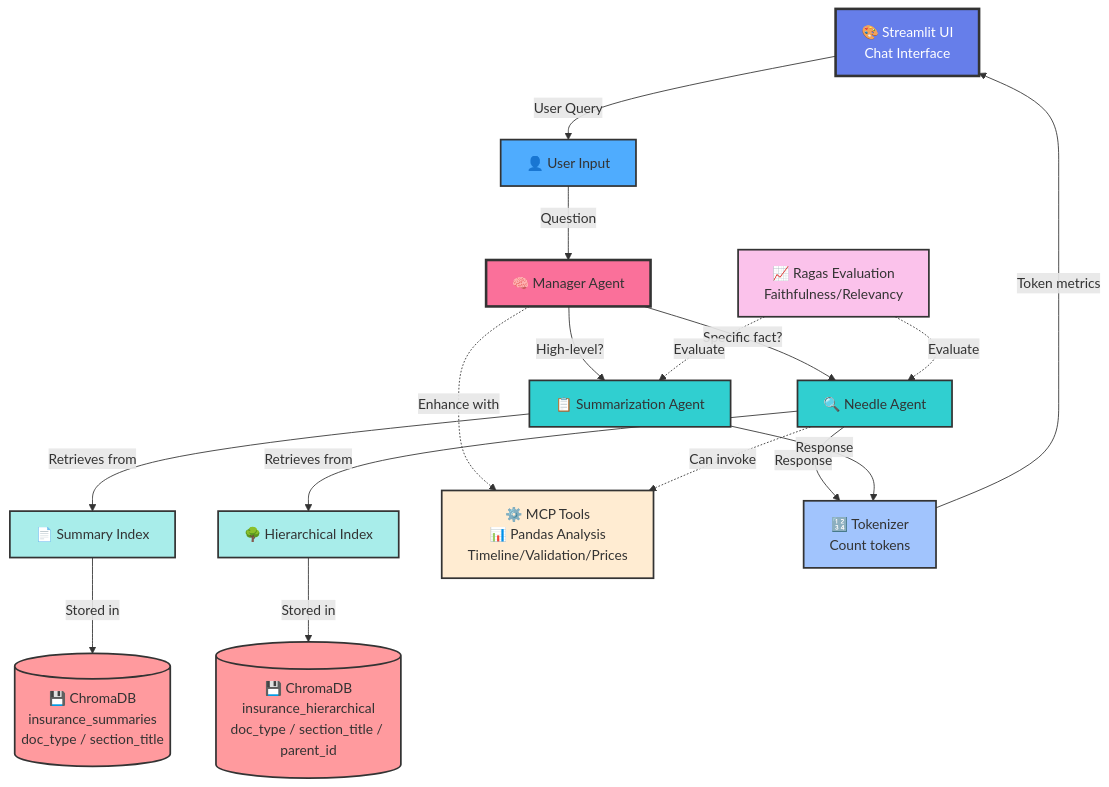
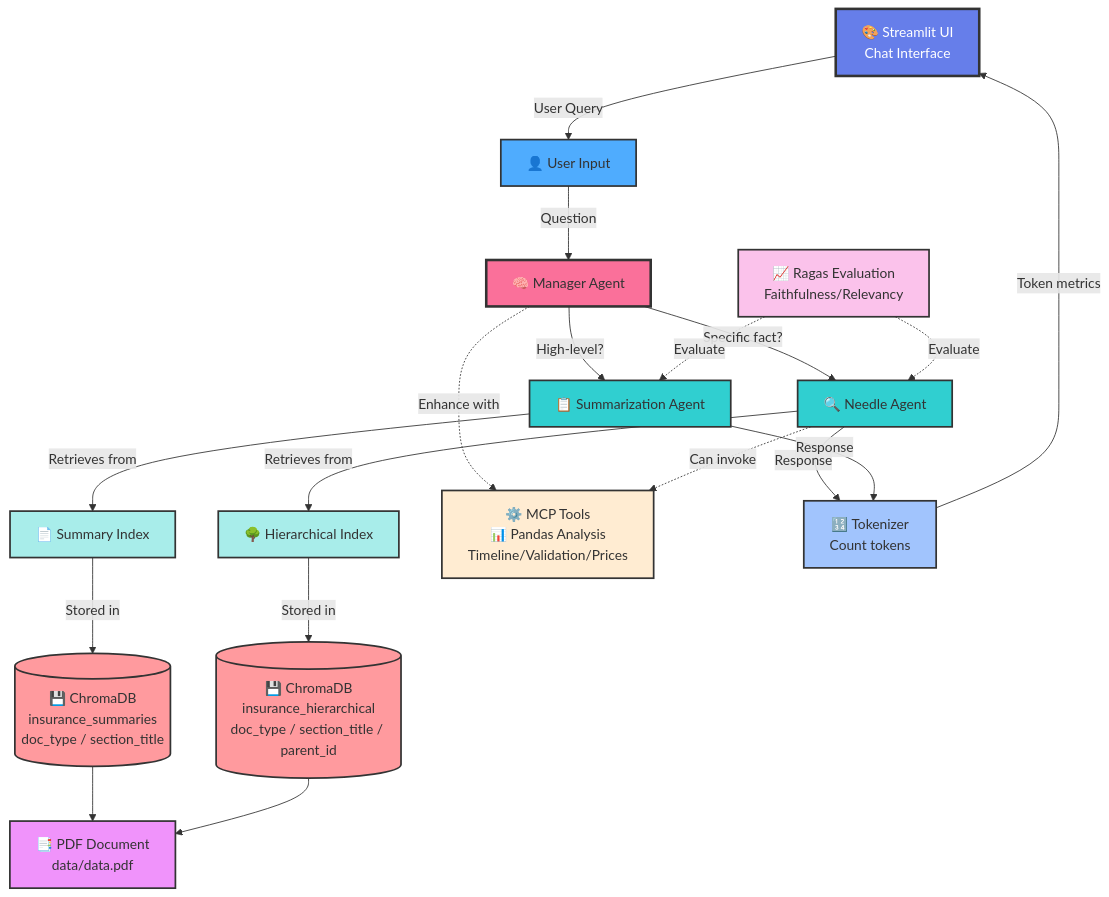
One commit to davidkern13/multi-agent-rag-gpt changed the diagram in README.md. Above: the diagram before and after it, drawn with Mermaid.

````diff
--- a/README.md
+++ b/README.md
@@ -17,37 +17,41 @@
 ```mermaid
 graph TD
     UI[🎨 Streamlit UI<br/>Chat Interface] -->|User Query| A[👤 User Input]
     A -->|Question| B[🧠 Manager Agent]
     
     B -->|High-level?| C[📋 Summarization Agent]
     B -->|Specific fact?| D[🔍 Needle Agent]
     
     C -->|Retrieves from| E[📄 Summary Index]
     D -->|Retrieves from| F[🌳 Hierarchical Index]
     
     E -->|Stored in| G[(💾 ChromaDB<br/>insurance_summaries<br/>doc_type / section_title)]
     F -->|Stored in| H[(💾 ChromaDB<br/>insurance_hierarchical<br/>doc_type / section_title / parent_id)]
+    
+    G --> J[📑 PDF Document<br/>data/data.pdf]
+    H --> J
     
     B -.->|Enhance with| K[⚙️ MCP Tools<br/>📊 Pandas Analysis<br/>Timeline/Validation/Prices]
     D -.->|Can invoke| K
     
     D -->|Response| L[🔢 Tokenizer<br/>Count tokens]
     C -->|Response| L
     L -->|Token metrics| UI
     
     M[📈 Ragas Evaluation<br/>Faithfulness/Relevancy] -.->|Evaluate| D
     M -.->|Evaluate| C
     
     style UI fill:#667eea,stroke:#333,stroke-width:3px,color:#fff
     style A fill:#4facfe,stroke:#333,stroke-width:2px
     style B fill:#fa709a,stroke:#333,stroke-width:3px
     style C fill:#30cfd0,stroke:#333,stroke-width:2px
     style D fill:#30cfd0,stroke:#333,stroke-width:2px
     style E fill:#a8edea,stroke:#333,stroke-width:2px
     style F fill:#a8edea,stroke:#333,stroke-width:2px
     style G fill:#ff9a9e,stroke:#333,stroke-width:2px
     style H fill:#ff9a9e,stroke:#333,stroke-width:2px
+    style J fill:#f093fb,stroke:#333,stroke-width:2px
     style K fill:#ffecd2,stroke:#333,stroke-width:2px
     style L fill:#a1c4fd,stroke:#333,stroke-width:2px
     style M fill:#fbc2eb,stroke:#333,stroke-width:2px
 ```
````
